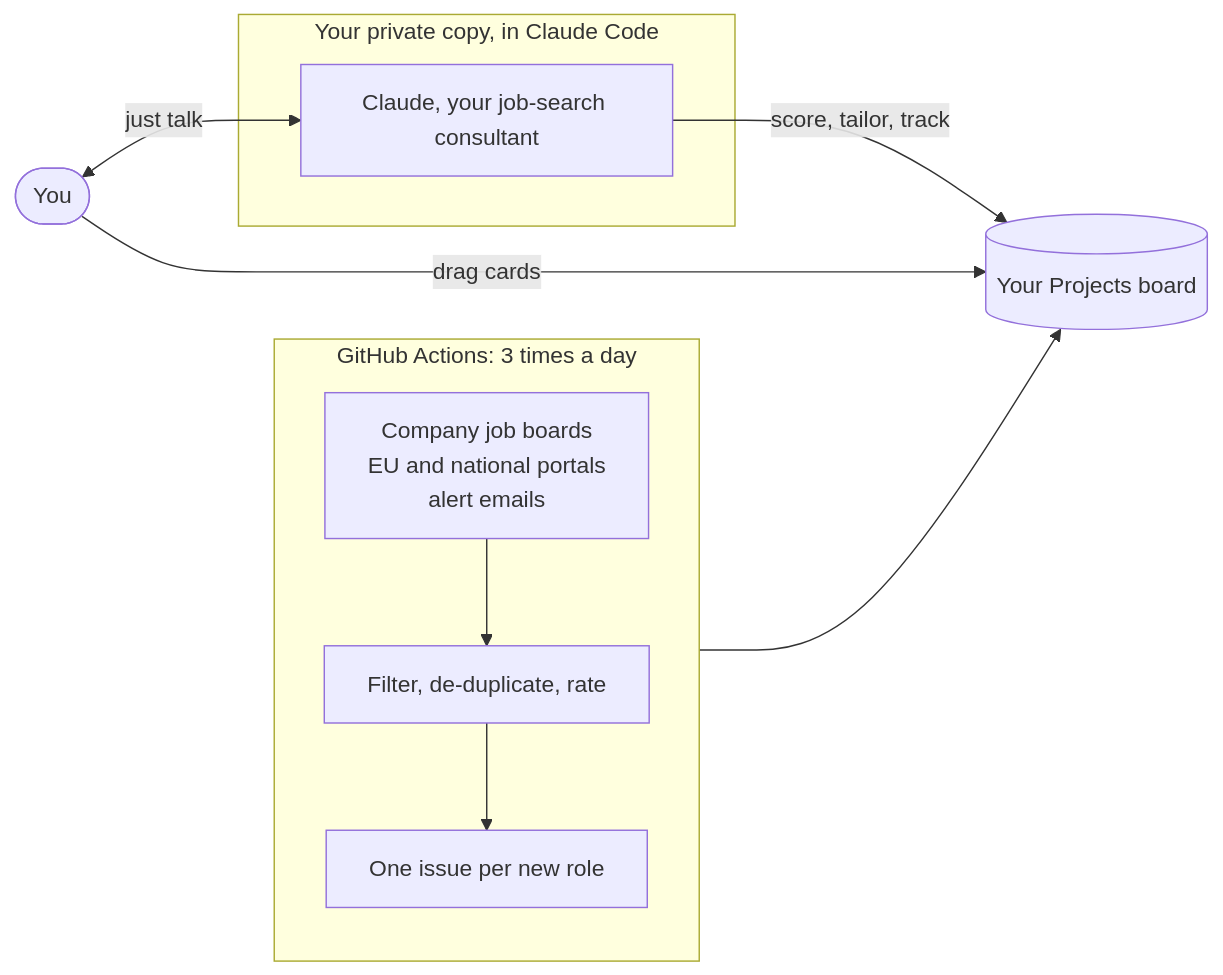
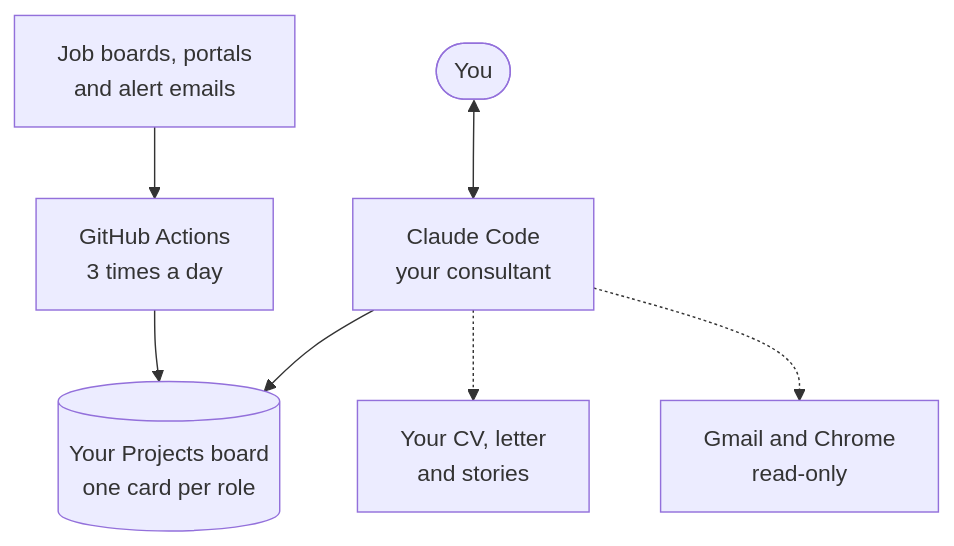
One commit to vizkov/job-radar changed the diagram in README.md. Above: the diagram before and after it, drawn with Mermaid. The commit also changed other lines of this file and 15 other files, not shown here.

````diff
--- a/README.md
+++ b/README.md
@@ -26,15 +27,9 @@
 ```mermaid
-flowchart LR
-  subgraph cloud["GitHub Actions: 3 times a day"]
-    direction TB
-    S["Company job boards<br/>EU and national portals<br/>alert emails"] --> F["Filter, de-duplicate, rate"]
-    F --> I["One issue per new role"]
-  end
-  I --> B[("Your Projects board")]
-  subgraph local["Your private copy, in Claude Code"]
-    C["Claude, your job-search consultant"]
-  end
-  C -->|"score, tailor, track"| B
-  U(["You"]) <-->|"just talk"| C
-  U -->|"drag cards"| B
+flowchart TB
+  A["Job boards, portals<br/>and alert emails"] --> B["GitHub Actions<br/>3 times a day"]
+  B --> C[("Your Projects board<br/>one card per role")]
+  U(["You"]) <--> D["Claude Code<br/>your consultant"]
+  D --> C
+  D -.-> E["Your CV, letter<br/>and stories"]
+  D -.-> F["Gmail and Chrome<br/>read-only"]
 ```
````
